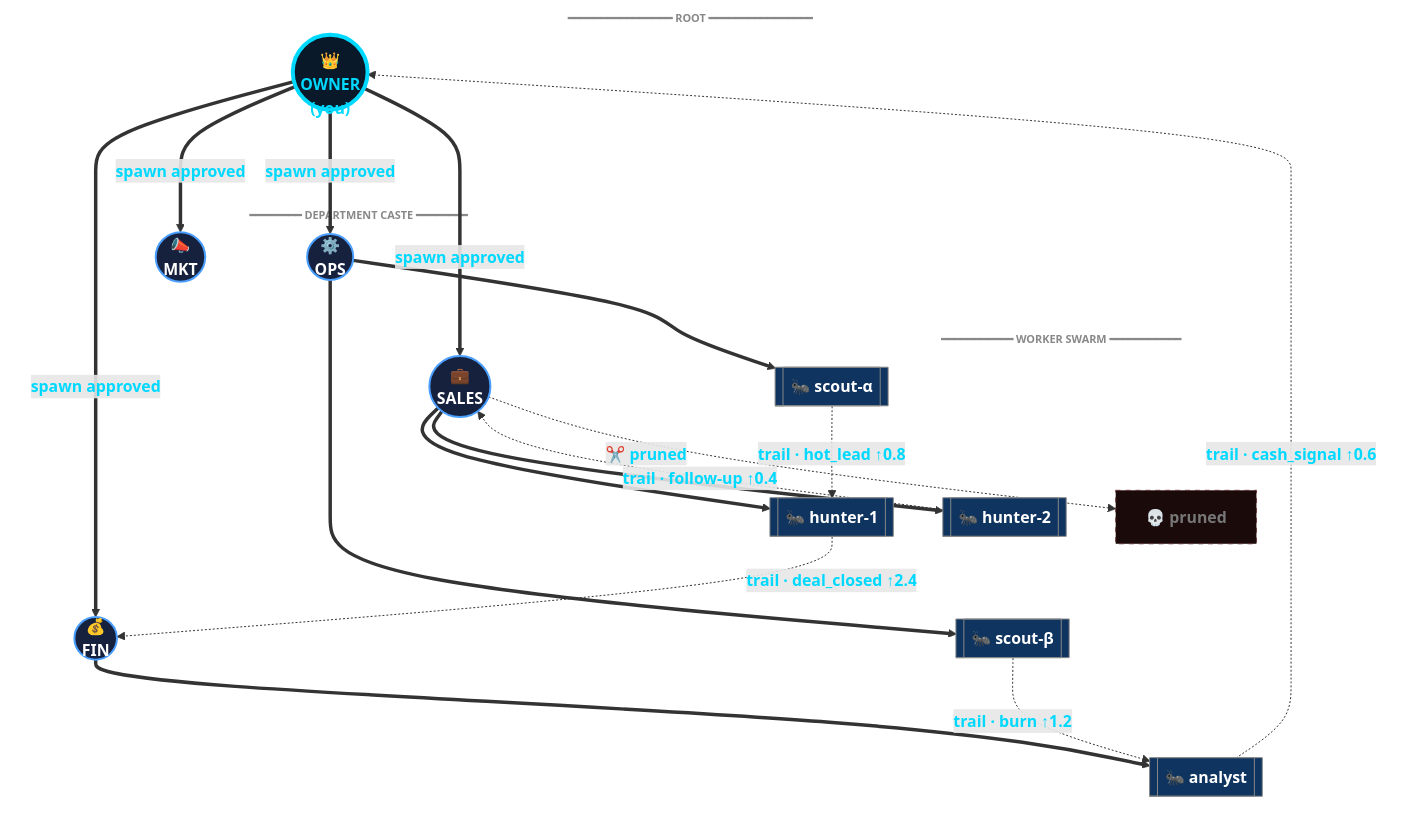
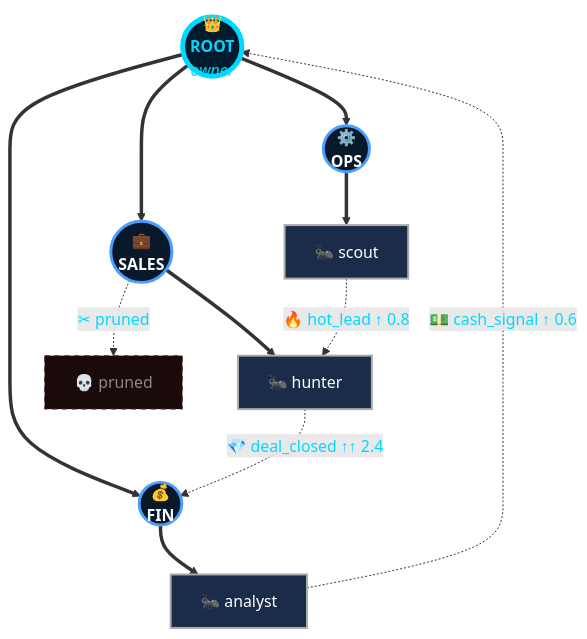
The first of 4 diagrams in README.md (Ranzim/ormica), drawn with Mermaid before and after one commit. The commit also changed other lines of this file and 13 other files, not shown here.

````diff
--- a/README.md
+++ b/README.md
@@ -26,52 +26,36 @@
 ```mermaid
 flowchart TB
-    subgraph TOP["━━━━━━━━━━━━━━━━ ROOT ━━━━━━━━━━━━━━━━"]
-        R(("<br/>👑<br/><b>OWNER</b><br/>(you)<br/> "))
-    end
+    R(("👑<br/><b>ROOT</b><br/><i>owner</i>"))
 
-    subgraph CASTE["━━━━━━━━ DEPARTMENT CASTE ━━━━━━━━"]
-        OPS(("⚙️<br/><b>OPS</b>"))
-        SAL(("💼<br/><b>SALES</b>"))
-        MKT(("📣<br/><b>MKT</b>"))
-        FIN(("💰<br/><b>FIN</b>"))
-    end
+    OPS(("⚙️<br/><b>OPS</b>"))
+    SAL(("💼<br/><b>SALES</b>"))
+    FIN(("💰<br/><b>FIN</b>"))
 
-    subgraph WORK["━━━━━━━━━━━ WORKER SWARM ━━━━━━━━━━━"]
-        S1[["🐜 scout-α"]]
-        S2[["🐜 scout-β"]]
-        H1[["🐜 hunter-1"]]
-        H2[["🐜 hunter-2"]]
-        A1[["🐜 analyst"]]
-        D1["💀 pruned"]
-    end
+    S1["🐜 scout"]
+    H1["🐜 hunter"]
+    A1["🐜 analyst"]
+    D1["💀 pruned"]
 
-    R ==>|spawn approved| OPS
-    R ==>|spawn approved| SAL
-    R ==>|spawn approved| MKT
-    R ==>|spawn approved| FIN
+    R ==> OPS
+    R ==> SAL
+    R ==> FIN
 
     OPS ==> S1
-    OPS ==> S2
     SAL ==> H1
-    SAL ==> H2
     FIN ==> A1
-    SAL -. "✂️ pruned" .-> D1
+    SAL -. "✂ pruned" .-> D1
 
-    S1 -. "trail · hot_lead ↑0.8" .-> H1
-    S2 -. "trail · burn ↑1.2" .-> A1
-    H1 -. "trail · deal_closed ↑2.4" .-> FIN
-    H2 -. "trail · follow-up ↑0.4" .-> SAL
-    A1 -. "trail · cash_signal ↑0.6" .-> R
+    S1 -. "🔥 hot_lead ↑ 0.8" .-> H1
+    H1 -. "💎 deal_closed ↑↑ 2.4" .-> FIN
+    A1 -. "💵 cash_signal ↑ 0.6" .-> R
 
-    classDef root fill:#0a1929,stroke:#00d9ff,color:#00d9ff,stroke-width:4px,font-weight:bold
-    classDef caste fill:#16213e,stroke:#4a9eff,color:#fff,stroke-width:2px
-    classDef worker fill:#0f3460,stroke:#888,color:#fff
-    classDef dead fill:#1a0a0a,stroke:#663333,color:#777,stroke-dasharray: 5 5
-    classDef sub fill:transparent,stroke:transparent,color:#888,font-size:11px
+    classDef root fill:#001a2e,stroke:#00d9ff,stroke-width:5px,color:#00d9ff
+    classDef caste fill:#0a1929,stroke:#4a9eff,stroke-width:3px,color:#fff
+    classDef worker fill:#1a2c4a,stroke:#aaa,stroke-width:2px,color:#fff
+    classDef dead fill:#1a0a0a,stroke:#663333,stroke-width:1px,color:#888,stroke-dasharray: 5 5
 
     class R root
-    class OPS,SAL,MKT,FIN caste
-    class S1,S2,H1,H2,A1 worker
+    class OPS,SAL,FIN caste
+    class S1,H1,A1 worker
     class D1 dead
-    class TOP,CASTE,WORK sub
 ```
````
